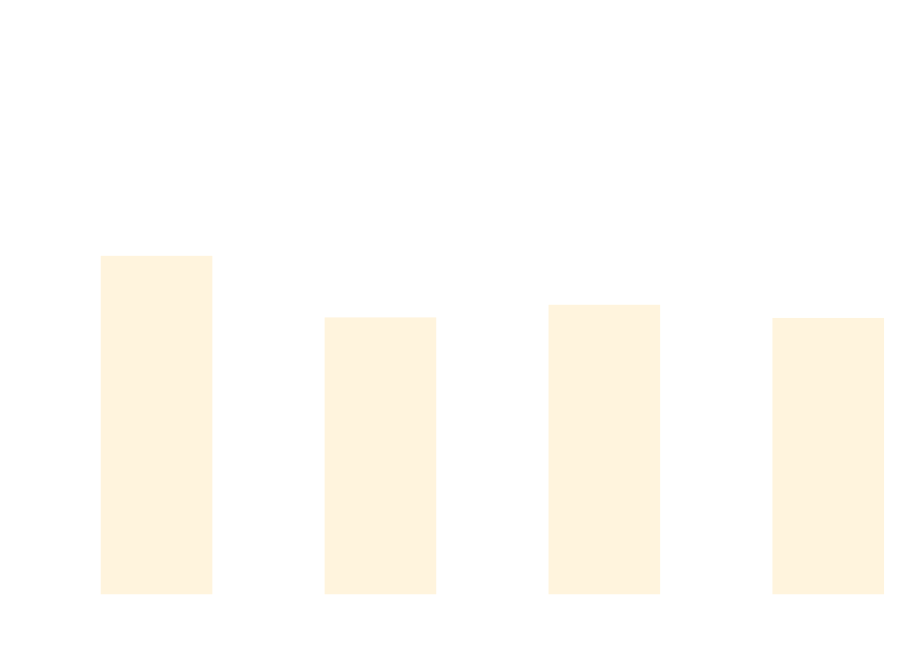
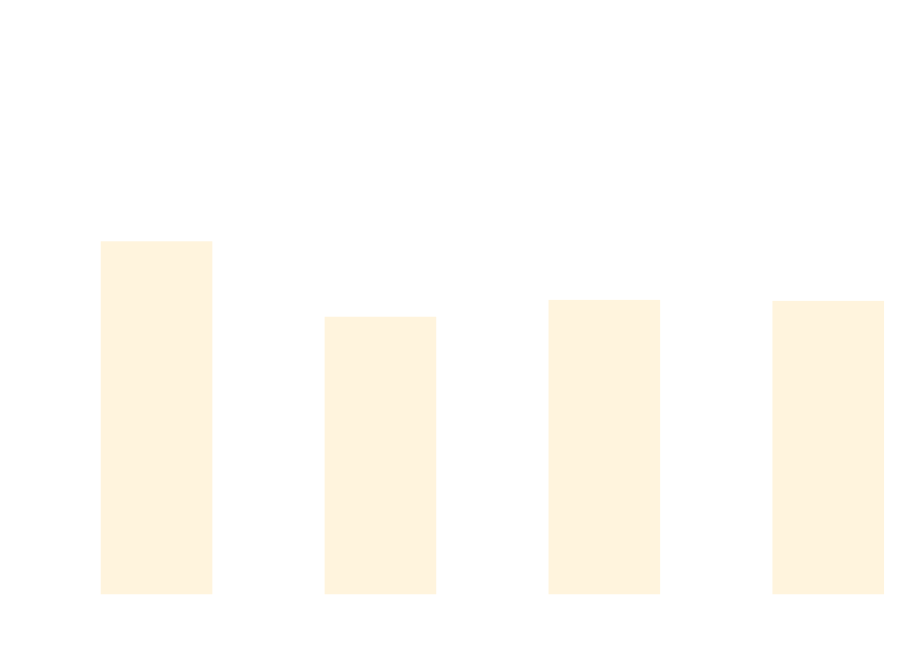
One commit to thomhurst/TUnit changed the diagram in docs/docs/benchmarks/BuildTime.md. Above: the diagram before and after it, drawn with Mermaid. The commit also changed other lines of this file and 17 other files, not shown here.

````diff
--- a/docs/docs/benchmarks/BuildTime.md
+++ b/docs/docs/benchmarks/BuildTime.md
@@ -28,37 +28,37 @@
 ```mermaid
 %%{init: {
   'theme':'base',
   'themeVariables': {
     'primaryColor': '#2563eb',
     'primaryTextColor': '#ffffff',
     'primaryBorderColor': '#1e40af',
     'lineColor': '#6b7280',
     'secondaryColor': '#7c3aed',
     'tertiaryColor': '#dc2626',
     'background': '#ffffff',
     'mainBkg': '#2563eb',
     'secondBkg': '#7c3aed',
     'tertiaryBkg': '#dc2626',
     'clusterBkg': '#f3f4f6',
     'edgeLabelBackground': '#ffffff',
     'tertiaryTextColor': '#1f2937',
     'pie1': '#2563eb',
     'pie2': '#7c3aed',
     'pie3': '#dc2626',
     'pie4': '#f59e0b',
     'pie5': '#10b981',
     'pie6': '#06b6d4',
     'pie7': '#ec4899',
     'pie8': '#6366f1',
     'pie9': '#84cc16',
     'pie10': '#f97316',
     'pie11': '#14b8a6',
     'pie12': '#a855f7'
   }
 }}%%
 xychart-beta
   title "Build Time Comparison"
   x-axis ["Build_TUnit", "Build_NUnit", "Build_MSTest", "Build_xUnit3"]
   y-axis "Time (s)" 0 --> 3
-  bar [1.944, 1.579, 1.654, 1.576]
+  bar [2.03, 1.583, 1.683, 1.677]
 ```
````
